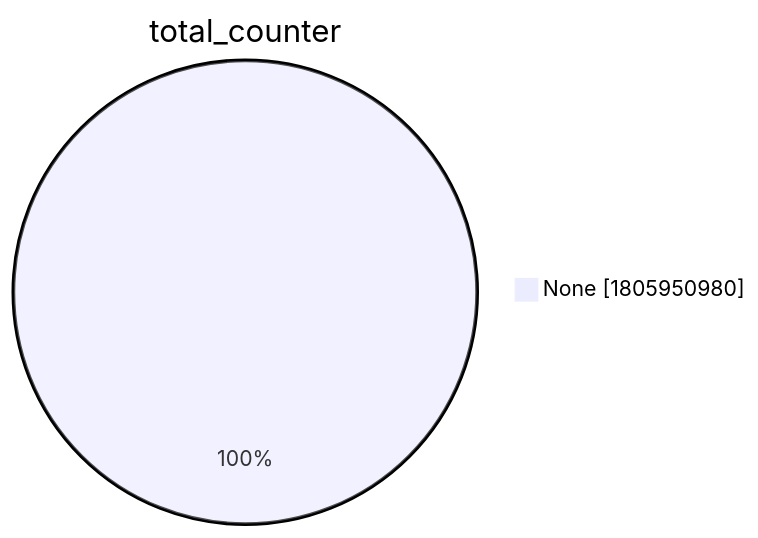
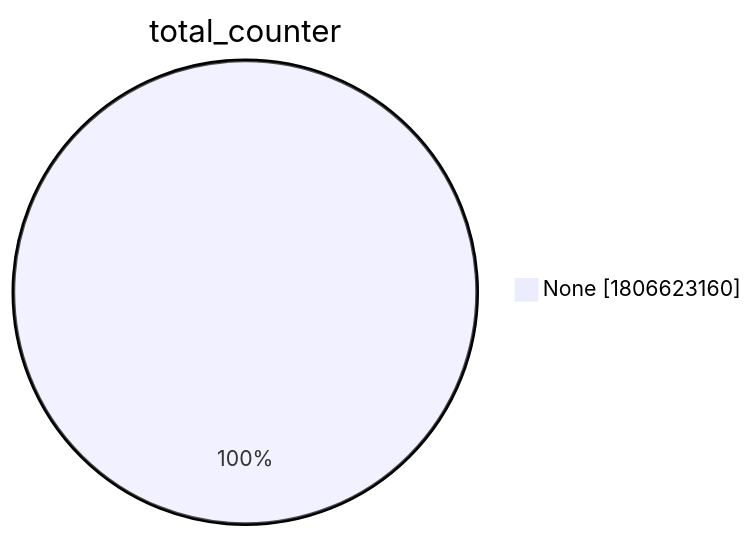
One commit to christiankrug/ctmonitor_visualization changed the second of 15 diagrams in xenon2022/README.md. Above: the diagram before and after it, drawn with Mermaid. The commit also changed other lines of this file, not shown here.

````diff
--- a/xenon2022/README.md
+++ b/xenon2022/README.md
@@ -9,5 +9,5 @@
 ```mermaid
 pie showData
 title total_counter
-"None" :1805950980
+"None" :1806623160
 ```
````
